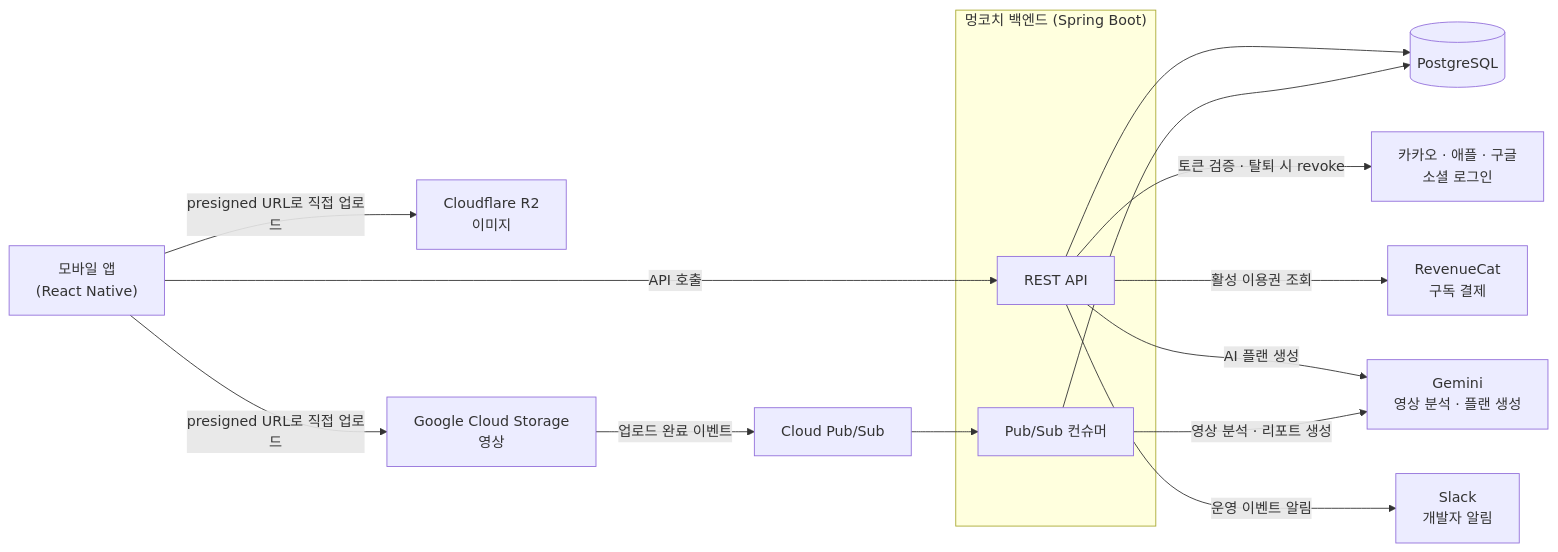
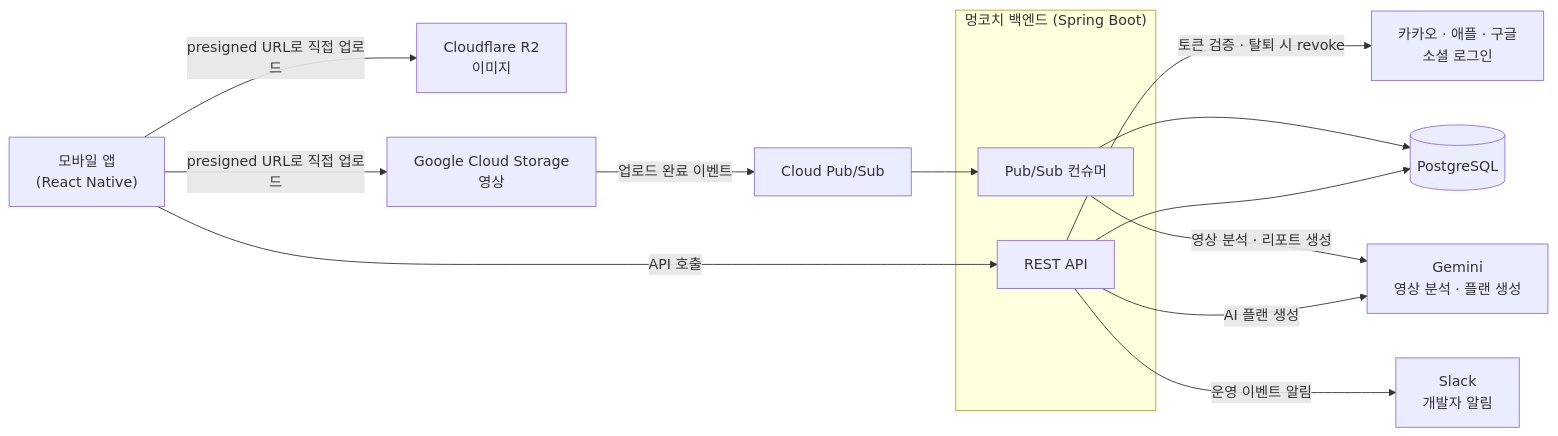
The diagram in README.md (DaeSaBu/meongcoach-BE), drawn with Mermaid before and after one commit. The commit also changed other lines of this file and 5 other files, not shown here.

````diff
--- a/README.md
+++ b/README.md
@@ -23,31 +22,29 @@
 ```mermaid
 flowchart LR
     App["모바일 앱<br/>(React Native)"]
 
     subgraph Backend["멍코치 백엔드 (Spring Boot)"]
         API["REST API"]
         Consumer["Pub/Sub 컨슈머"]
     end
 
     DB[("PostgreSQL")]
     Social["카카오 · 애플 · 구글<br/>소셜 로그인"]
-    RC["RevenueCat<br/>구독 결제"]
     Gemini["Gemini<br/>영상 분석 · 플랜 생성"]
     R2["Cloudflare R2<br/>이미지"]
     GCS["Google Cloud Storage<br/>영상"]
     PubSub["Cloud Pub/Sub"]
     Slack["Slack<br/>개발자 알림"]
 
     App -->|"API 호출"| API
     App -->|"presigned URL로 직접 업로드"| R2
     App -->|"presigned URL로 직접 업로드"| GCS
     API --> DB
     API -->|"토큰 검증 · 탈퇴 시 revoke"| Social
-    API -->|"활성 이용권 조회"| RC
     API -->|"AI 플랜 생성"| Gemini
     GCS -->|"업로드 완료 이벤트"| PubSub
     PubSub --> Consumer
     Consumer -->|"영상 분석 · 리포트 생성"| Gemini
     Consumer --> DB
     API -->|"운영 이벤트 알림"| Slack
 ```
````
